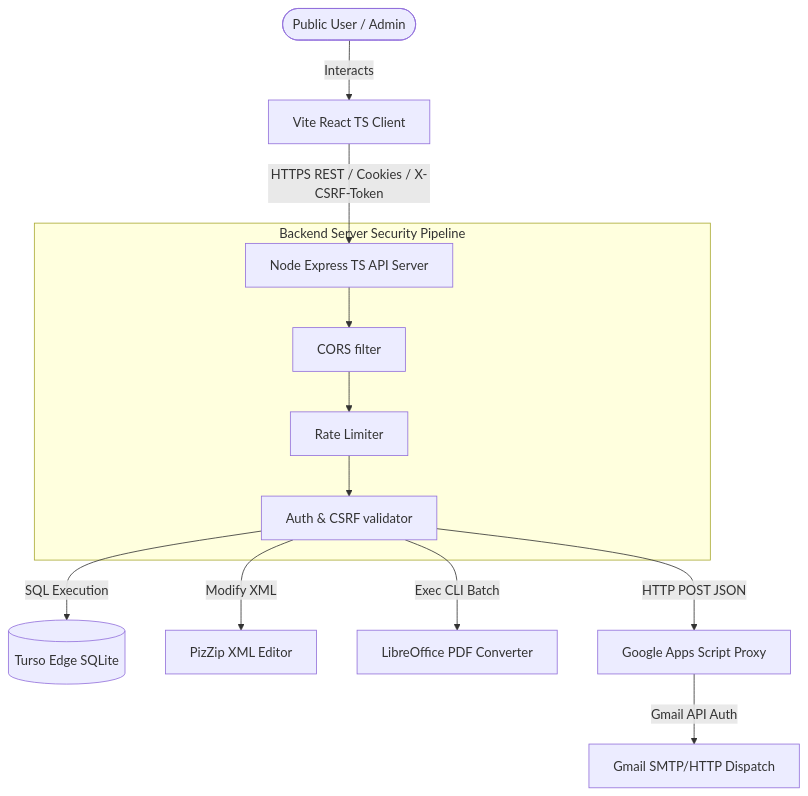
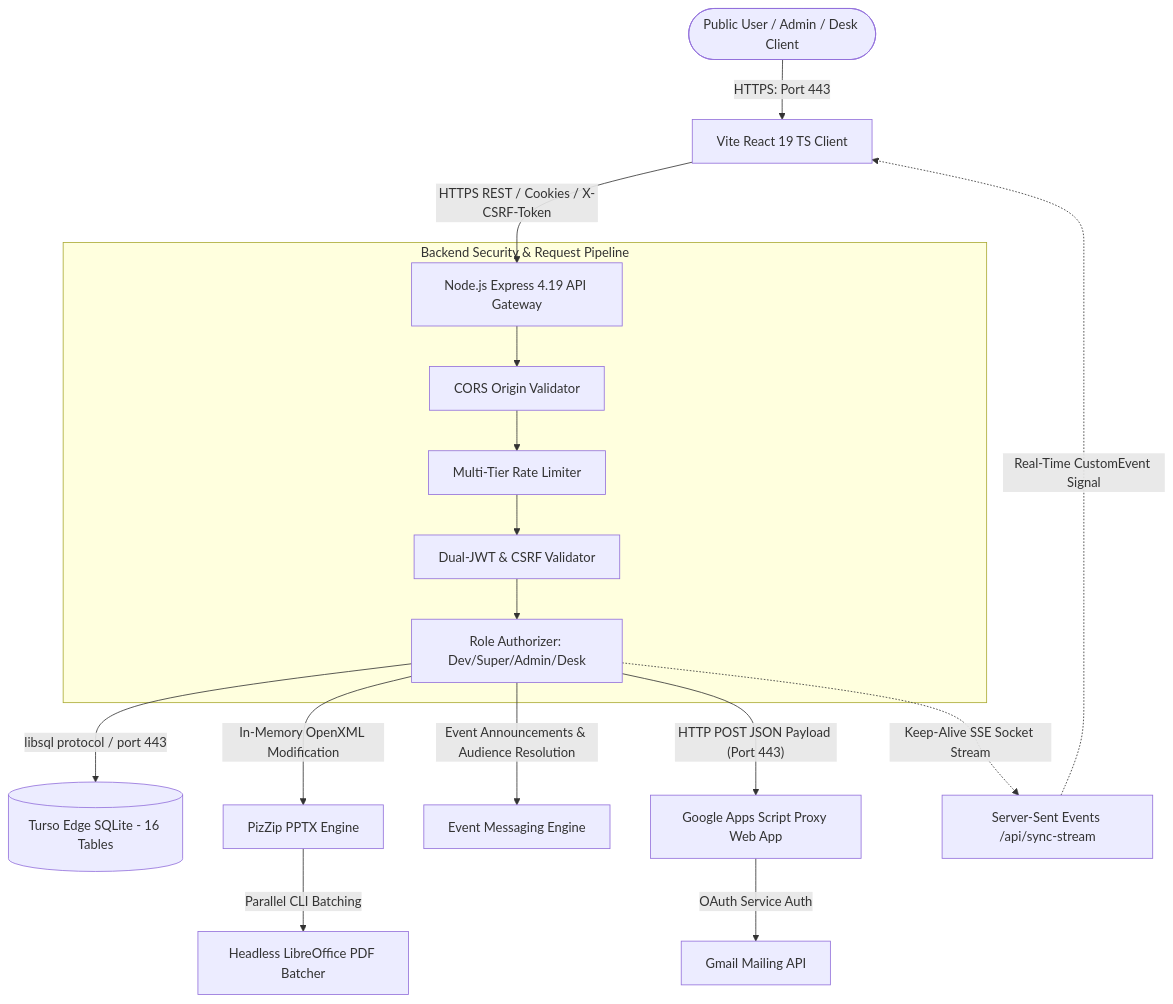
Before and after one commit to saicharan-bhuthkuri/rd: the first of 26 diagrams in README.md, drawn with Mermaid. The commit also changed other lines of this file, not shown here.

````diff
--- a/README.md
+++ b/README.md
@@ -189,15 +247,19 @@
 ```mermaid
 graph TD
-    User(["Public User / Admin"]) -->|"Interacts"| Frontend["Vite React TS Client"]
-    Frontend -->|"HTTPS REST / Cookies / X-CSRF-Token"| Backend["Node Express TS API Server"]
-    subgraph "Backend Server Security Pipeline"
-        Backend --> CORS["CORS filter"]
-        CORS --> Limiter["Rate Limiter"]
-        Limiter --> AuthGate["Auth & CSRF validator"]
+    User(["Public User / Admin / Desk Client"]) -->|"HTTPS: Port 443"| Frontend["Vite React 19 TS Client"]
+    Frontend -->|"HTTPS REST / Cookies / X-CSRF-Token"| Backend["Node.js Express 4.19 API Gateway"]
+    subgraph "Backend Security & Request Pipeline"
+        Backend --> CORS["CORS Origin Validator"]
+        CORS --> Limiter["Multi-Tier Rate Limiter"]
+        Limiter --> AuthGate["Dual-JWT & CSRF Validator"]
+        AuthGate --> RBAC["Role Authorizer: Dev/Super/Admin/Desk"]
     end
-    AuthGate -->|"SQL Execution"| Database[("Turso Edge SQLite")]
-    AuthGate -->|"Modify XML"| Pizzip["PizZip XML Editor"]
-    AuthGate -->|"Exec CLI Batch"| LibreOffice["LibreOffice PDF Converter"]
-    AuthGate -->|"HTTP POST JSON"| GASProxy["Google Apps Script Proxy"]
-    GASProxy -->|"Gmail API Auth"| Gmail["Gmail SMTP/HTTP Dispatch"]
+    RBAC -->|"libsql protocol / port 443"| Database[("Turso Edge SQLite - 16 Tables")]
+    RBAC -->|"In-Memory OpenXML Modification"| Pizzip["PizZip PPTX Engine"]
+    Pizzip -->|"Parallel CLI Batching"| LibreOffice["Headless LibreOffice PDF Batcher"]
+    RBAC -->|"Event Announcements & Audience Resolution"| MsgEngine["Event Messaging Engine"]
+    RBAC -->|"HTTP POST JSON Payload (Port 443)"| GASProxy["Google Apps Script Proxy Web App"]
+    GASProxy -->|"OAuth Service Auth"| Gmail["Gmail Mailing API"]
+    RBAC -.->|"Keep-Alive SSE Socket Stream"| SSE["Server-Sent Events /api/sync-stream"]
+    SSE -.->|"Real-Time CustomEvent Signal"| Frontend
 ```
````
